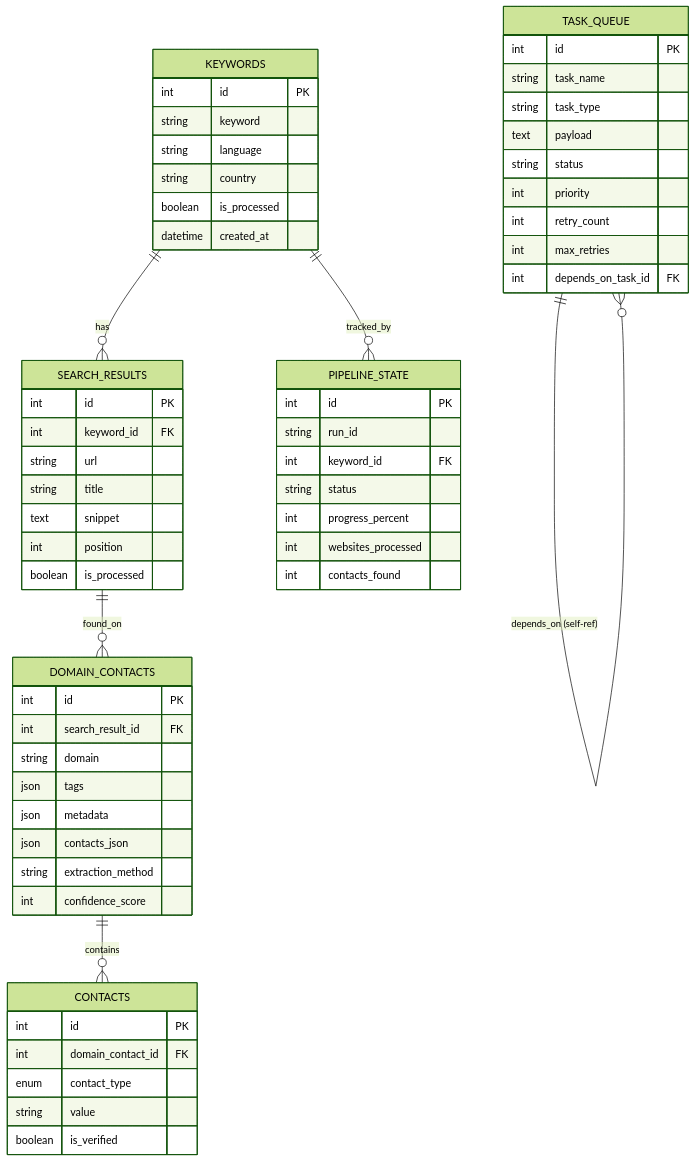
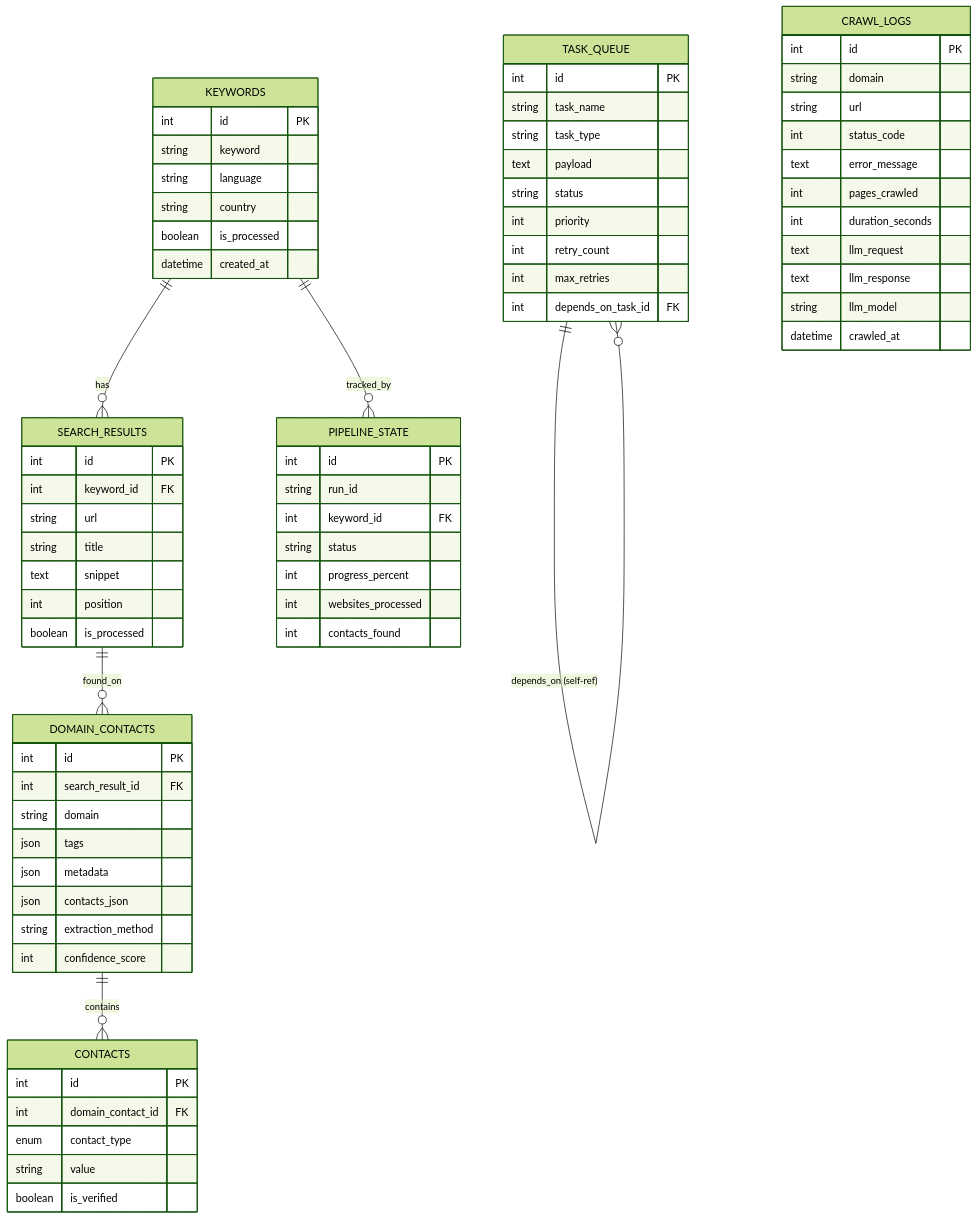
One commit to hauptmann1971/b2b-contact-miner changed the seventh of 8 diagrams in doc/C4_ARCHITECTURE.md. Above: the diagram before and after it, drawn with Mermaid (forest theme). The commit also changed other lines of this file and 1 other file, not shown here.

Commit message:
docs(c4): align diagrams with codebase (MySQL, workers, crawl_logs, export)

````diff
--- a/doc/C4_ARCHITECTURE.md
+++ b/doc/C4_ARCHITECTURE.md
@@ -296,68 +307,82 @@
 ```mermaid
 erDiagram
     KEYWORDS ||--o{ SEARCH_RESULTS : has
     SEARCH_RESULTS ||--o{ DOMAIN_CONTACTS : found_on
     DOMAIN_CONTACTS ||--o{ CONTACTS : contains
     KEYWORDS ||--o{ PIPELINE_STATE : tracked_by
     TASK_QUEUE ||--o{ TASK_QUEUE : "depends_on (self-ref)"
     
     KEYWORDS {
         int id PK
         string keyword
         string language
         string country
         boolean is_processed
         datetime created_at
     }
     
     SEARCH_RESULTS {
         int id PK
         int keyword_id FK
         string url
         string title
         text snippet
         int position
         boolean is_processed
     }
     
     DOMAIN_CONTACTS {
         int id PK
         int search_result_id FK
         string domain
         json tags
         json metadata
         json contacts_json
         string extraction_method
         int confidence_score
     }
     
     CONTACTS {
         int id PK
         int domain_contact_id FK
         enum contact_type
         string value
         boolean is_verified
     }
     
     PIPELINE_STATE {
         int id PK
         string run_id
         int keyword_id FK
         string status
         int progress_percent
         int websites_processed
         int contacts_found
     }
     
     TASK_QUEUE {
         int id PK
         string task_name
         string task_type
         text payload
         string status
         int priority
         int retry_count
         int max_retries
         int depends_on_task_id FK
     }
+    
+    CRAWL_LOGS {
+        int id PK
+        string domain
+        string url
+        int status_code
+        text error_message
+        int pages_crawled
+        int duration_seconds
+        text llm_request
+        text llm_response
+        string llm_model
+        datetime crawled_at
+    }
 ```
````
